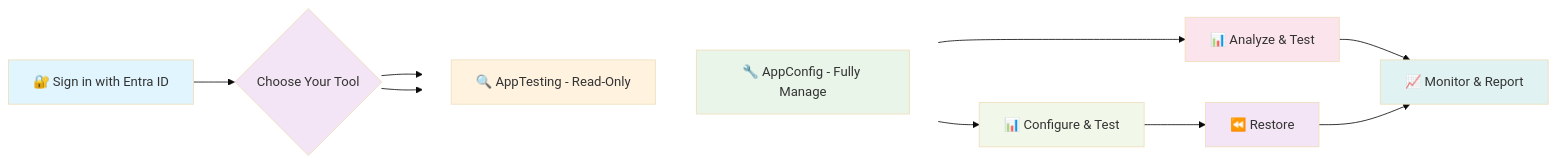
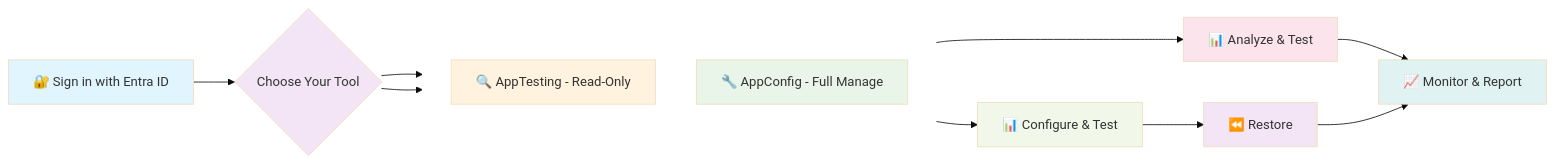
The diagram in README.md (AppConfig-Org/AppConfig-Squared), drawn with Mermaid (base theme) before and after one commit.

Commit message:
Updated files: README.md

````diff
--- a/README.md
+++ b/README.md
@@ -114,32 +114,32 @@
 ```mermaid
 flowchart LR
     A[🔐 Sign in with Entra ID] --> B{Choose Your Tool}
 
     %% Vertically stack tool choices (AppTesting above AppConfig)
     subgraph S[ ]
       direction TB
       D[🔍 AppTesting - Read-Only]
-      C[🔧 AppConfig - Fully Manage]
+      C[🔧 AppConfig - Full Manage]
     end
     style S fill:transparent,stroke:transparent
 
     B --> D
     B --> C
 
     %% Paths
     D --> F[📊 Analyze & Test]
     C --> E[📊 Configure & Test]
     E --> G[⏪ Restore]
     F --> H[📈 Monitor & Report]
     G --> H
 
     %% Styling
     style A fill:#e1f5fe
     style B fill:#f3e5f5
     style C fill:#e8f5e8
     style D fill:#fff3e0
     style E fill:#f1f8e9
     style F fill:#fce4ec
     style G fill:#f3e5f5
     style H fill:#e0f2f1
 ```
````
